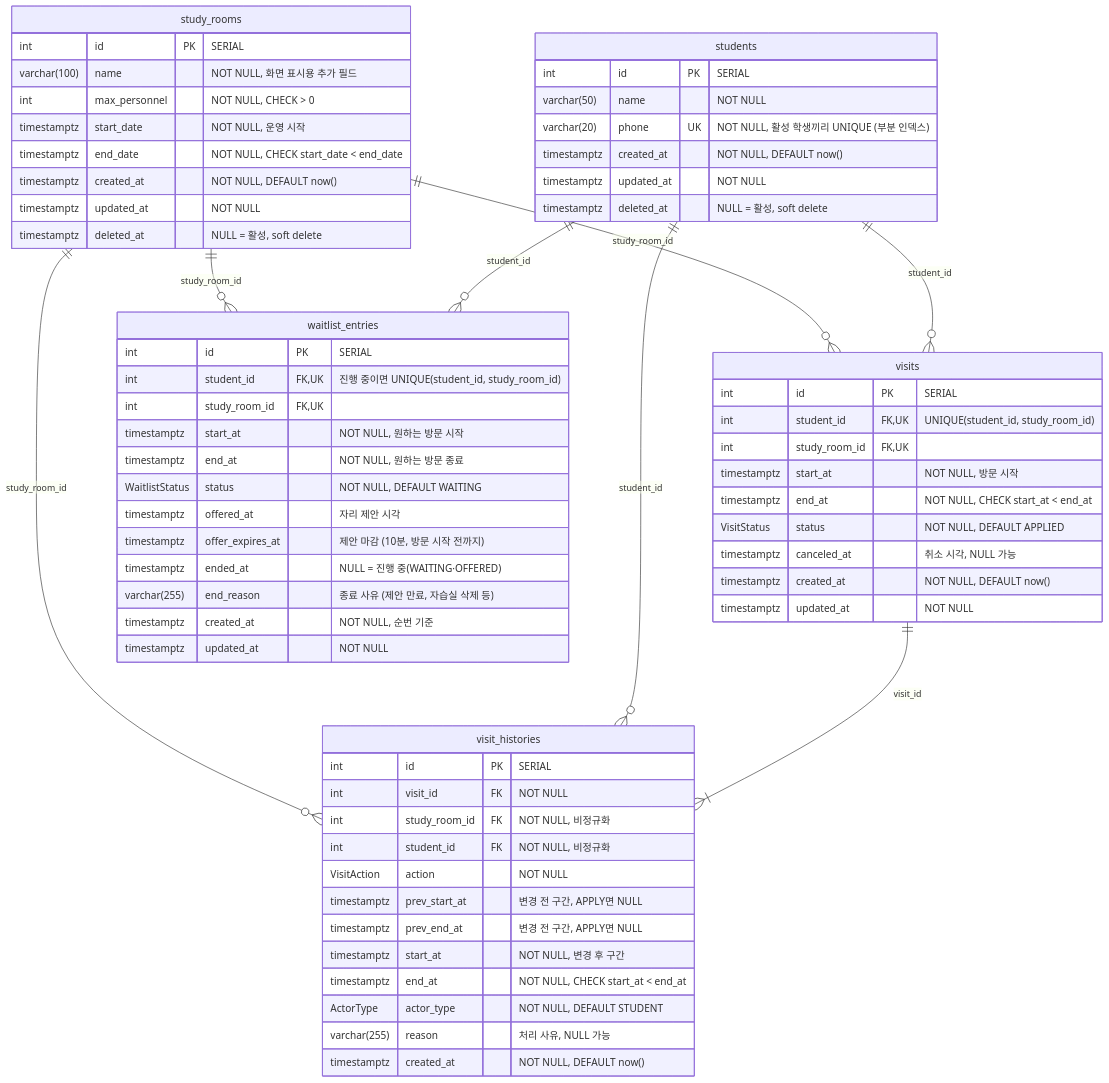
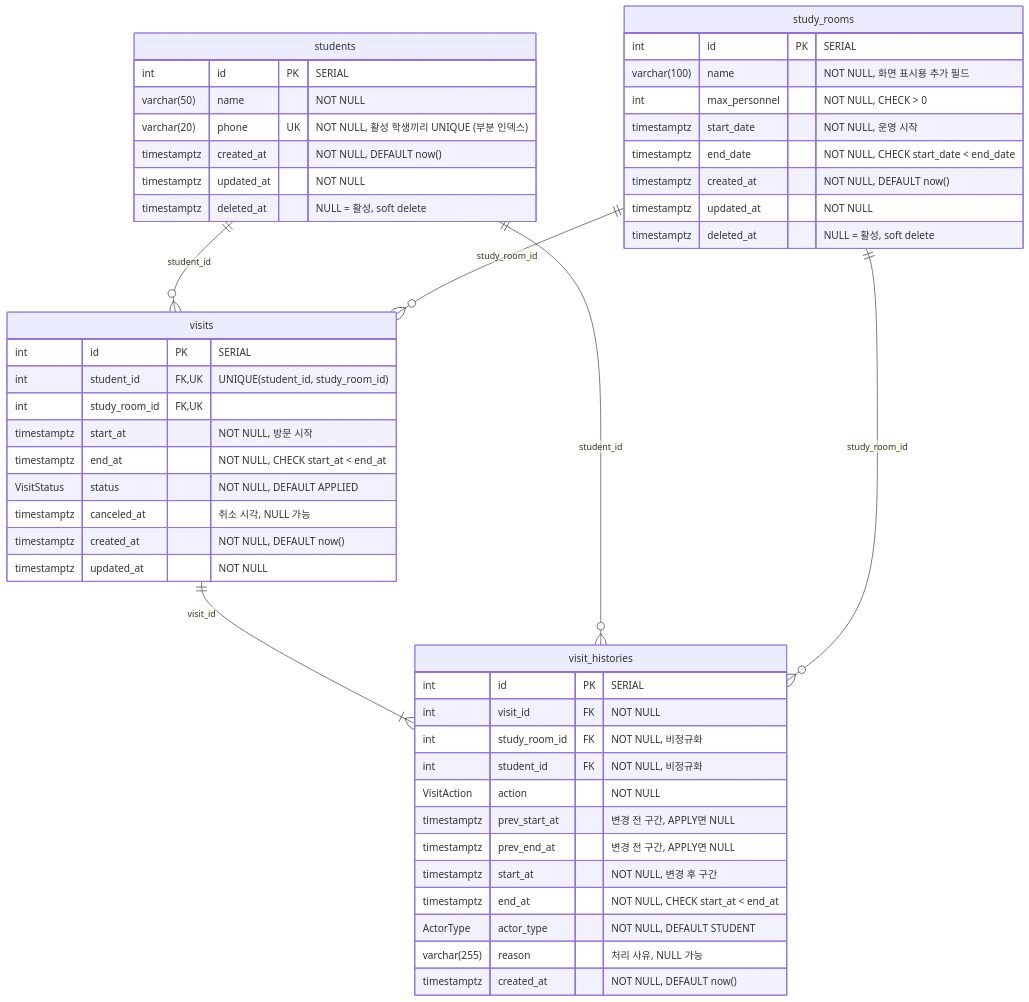
The second of 3 diagrams in docs/database.md (JungMINI-developer/hiconsy-task), drawn with Mermaid before and after one commit. The commit also changed other lines of this file, not shown here.

````diff
--- a/docs/database.md
+++ b/docs/database.md
@@ -30,72 +27,55 @@
 ```mermaid
 erDiagram
   students ||--o{ visits : "student_id"
   study_rooms ||--o{ visits : "study_room_id"
   visits ||--|{ visit_histories : "visit_id"
   students ||--o{ visit_histories : "student_id"
   study_rooms ||--o{ visit_histories : "study_room_id"
-  students ||--o{ waitlist_entries : "student_id"
-  study_rooms ||--o{ waitlist_entries : "study_room_id"
 
   students {
     int id PK "SERIAL"
     varchar(50) name "NOT NULL"
     varchar(20) phone UK "NOT NULL, 활성 학생끼리 UNIQUE (부분 인덱스)"
     timestamptz created_at "NOT NULL, DEFAULT now()"
     timestamptz updated_at "NOT NULL"
     timestamptz deleted_at "NULL = 활성, soft delete"
   }
 
   study_rooms {
     int id PK "SERIAL"
     varchar(100) name "NOT NULL, 화면 표시용 추가 필드"
     int max_personnel "NOT NULL, CHECK > 0"
     timestamptz start_date "NOT NULL, 운영 시작"
     timestamptz end_date "NOT NULL, CHECK start_date < end_date"
     timestamptz created_at "NOT NULL, DEFAULT now()"
     timestamptz updated_at "NOT NULL"
     timestamptz deleted_at "NULL = 활성, soft delete"
   }
 
   visits {
     int id PK "SERIAL"
     int student_id FK,UK "UNIQUE(student_id, study_room_id)"
     int study_room_id FK,UK
     timestamptz start_at "NOT NULL, 방문 시작"
     timestamptz end_at "NOT NULL, CHECK start_at < end_at"
     VisitStatus status "NOT NULL, DEFAULT APPLIED"
     timestamptz canceled_at "취소 시각, NULL 가능"
     timestamptz created_at "NOT NULL, DEFAULT now()"
     timestamptz updated_at "NOT NULL"
   }
 
   visit_histories {
     int id PK "SERIAL"
     int visit_id FK "NOT NULL"
     int study_room_id FK "NOT NULL, 비정규화"
     int student_id FK "NOT NULL, 비정규화"
     VisitAction action "NOT NULL"
     timestamptz prev_start_at "변경 전 구간, APPLY면 NULL"
     timestamptz prev_end_at "변경 전 구간, APPLY면 NULL"
     timestamptz start_at "NOT NULL, 변경 후 구간"
     timestamptz end_at "NOT NULL, CHECK start_at < end_at"
     ActorType actor_type "NOT NULL, DEFAULT STUDENT"
     varchar(255) reason "처리 사유, NULL 가능"
     timestamptz created_at "NOT NULL, DEFAULT now()"
   }
-
-  waitlist_entries {
-    int id PK "SERIAL"
-    int student_id FK,UK "진행 중이면 UNIQUE(student_id, study_room_id)"
-    int study_room_id FK,UK
-    timestamptz start_at "NOT NULL, 원하는 방문 시작"
-    timestamptz end_at "NOT NULL, 원하는 방문 종료"
-    WaitlistStatus status "NOT NULL, DEFAULT WAITING"
-    timestamptz offered_at "자리 제안 시각"
-    timestamptz offer_expires_at "제안 마감 (10분, 방문 시작 전까지)"
-    timestamptz ended_at "NULL = 진행 중(WAITING·OFFERED)"
-    varchar(255) end_reason "종료 사유 (제안 만료, 자습실 삭제 등)"
-    timestamptz created_at "NOT NULL, 순번 기준"
-    timestamptz updated_at "NOT NULL"
-  }
 ```
````
